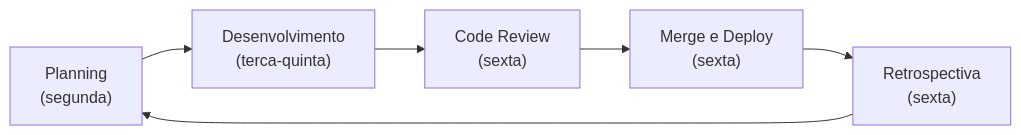
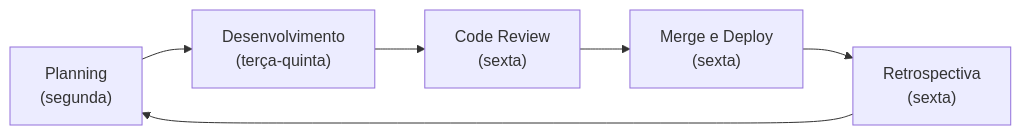
Before and after one commit to pedrohpsantos/EdTech: the second of 3 diagrams in docs/planejamento/cronograma.md, drawn with Mermaid. The commit also changed other lines of this file and 21 other files, not shown here.

Commit message:
docs: scaffold project documentation, architecture design, and CI/CD infrastructure.

````diff
--- a/docs/planejamento/cronograma.md
+++ b/docs/planejamento/cronograma.md
@@ -35,9 +35,9 @@
 ```mermaid
 flowchart LR
-    A["Planning\n(segunda)"] --> B["Desenvolvimento\n(terca-quinta)"]
+    A["Planning\n(segunda)"] --> B["Desenvolvimento\n(terça-quinta)"]
     B --> C["Code Review\n(sexta)"]
     C --> D["Merge e Deploy\n(sexta)"]
     D --> E["Retrospectiva\n(sexta)"]
     E --> A
 
 ```
````
